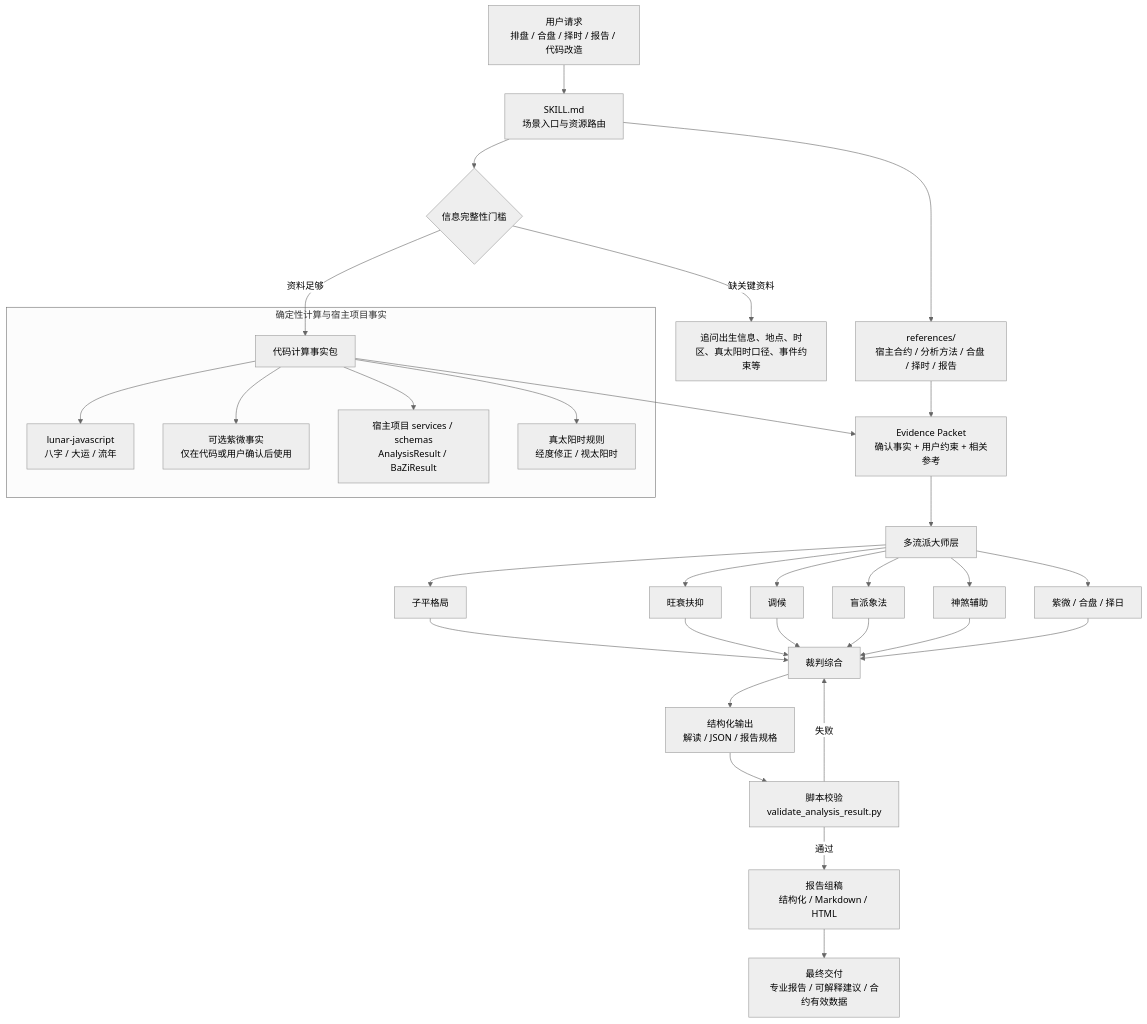
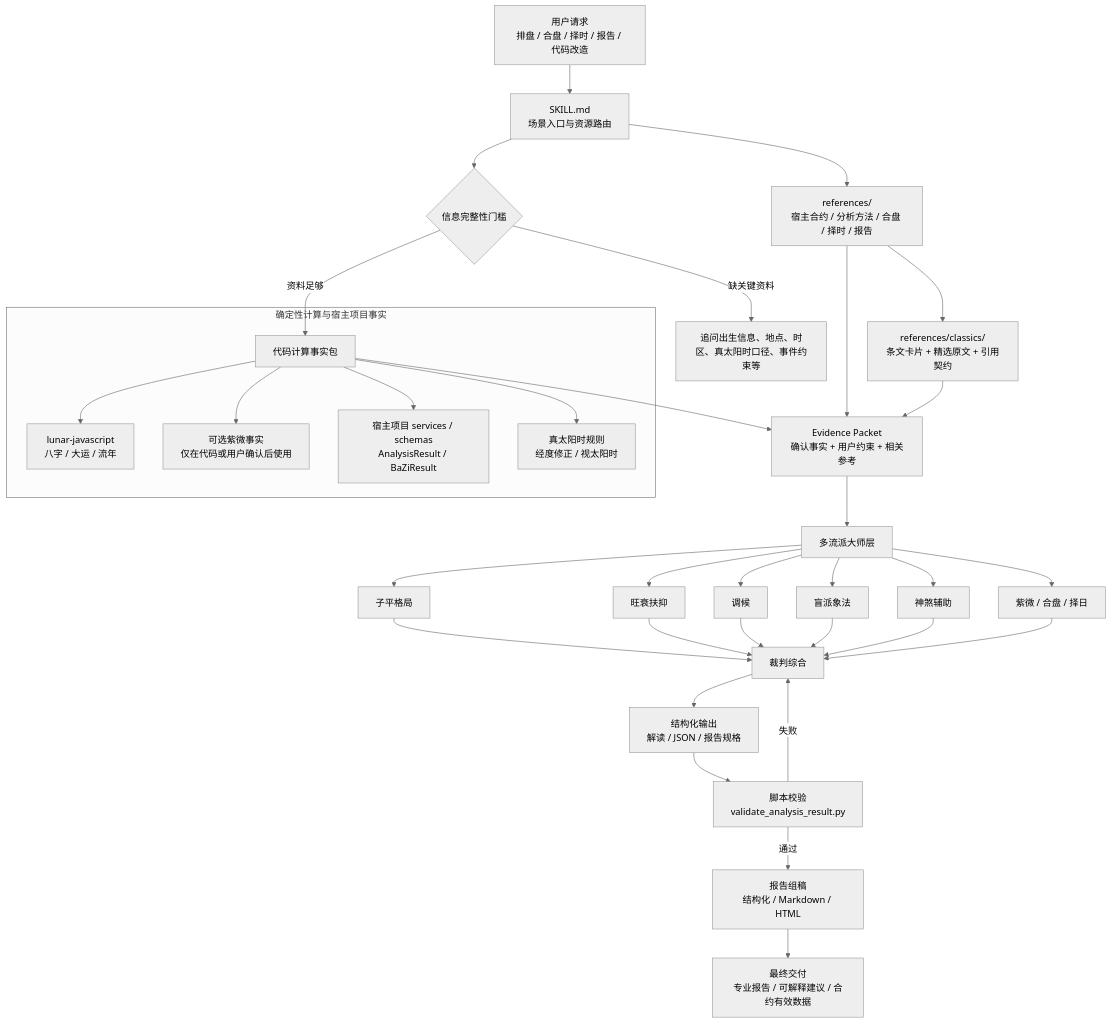
One commit to xuemian168/bazi-skill changed the diagram in README.md. Above: the diagram before and after it, drawn with Mermaid (neutral theme). The commit also changed other lines of this file and 5 other files, not shown here.

````diff
--- a/README.md
+++ b/README.md
@@ -77,39 +77,41 @@
 ```mermaid
 flowchart TD
     A["用户请求<br/>排盘 / 合盘 / 择时 / 报告 / 代码改造"] --> B["SKILL.md<br/>场景入口与资源路由"]
     B --> C{"信息完整性门槛"}
     C -->|缺关键资料| C1["追问出生信息、地点、时区、真太阳时口径、事件约束等"]
     C -->|资料足够| D["代码计算事实包"]
 
     subgraph S1["确定性计算与宿主项目事实"]
         D --> D1["lunar-javascript<br/>八字 / 大运 / 流年"]
         D --> D2["可选紫微事实<br/>仅在代码或用户确认后使用"]
         D --> D3["宿主项目 services / schemas<br/>AnalysisResult / BaZiResult"]
         D --> D4["真太阳时规则<br/>经度修正 / 视太阳时"]
     end
 
     D --> E["Evidence Packet<br/>确认事实 + 用户约束 + 相关参考"]
     B --> R["references/<br/>宿主合约 / 分析方法 / 合盘 / 择时 / 报告"]
     R --> E
+    R --> RC["references/classics/<br/>条文卡片 + 精选原文 + 引用契约"]
+    RC --> E
 
     E --> F["多流派大师层"]
     F --> F1["子平格局"]
     F --> F2["旺衰扶抑"]
     F --> F3["调候"]
     F --> F4["盲派象法"]
     F --> F5["神煞辅助"]
     F --> F6["紫微 / 合盘 / 择日"]
 
     F1 --> G["裁判综合"]
     F2 --> G
     F3 --> G
     F4 --> G
     F5 --> G
     F6 --> G
 
     G --> H["结构化输出<br/>解读 / JSON / 报告规格"]
     H --> I["脚本校验<br/>validate_analysis_result.py"]
     I -->|通过| J["报告组稿<br/>结构化 / Markdown / HTML"]
     I -->|失败| G
     J --> K["最终交付<br/>专业报告 / 可解释建议 / 合约有效数据"]
 ```
````
